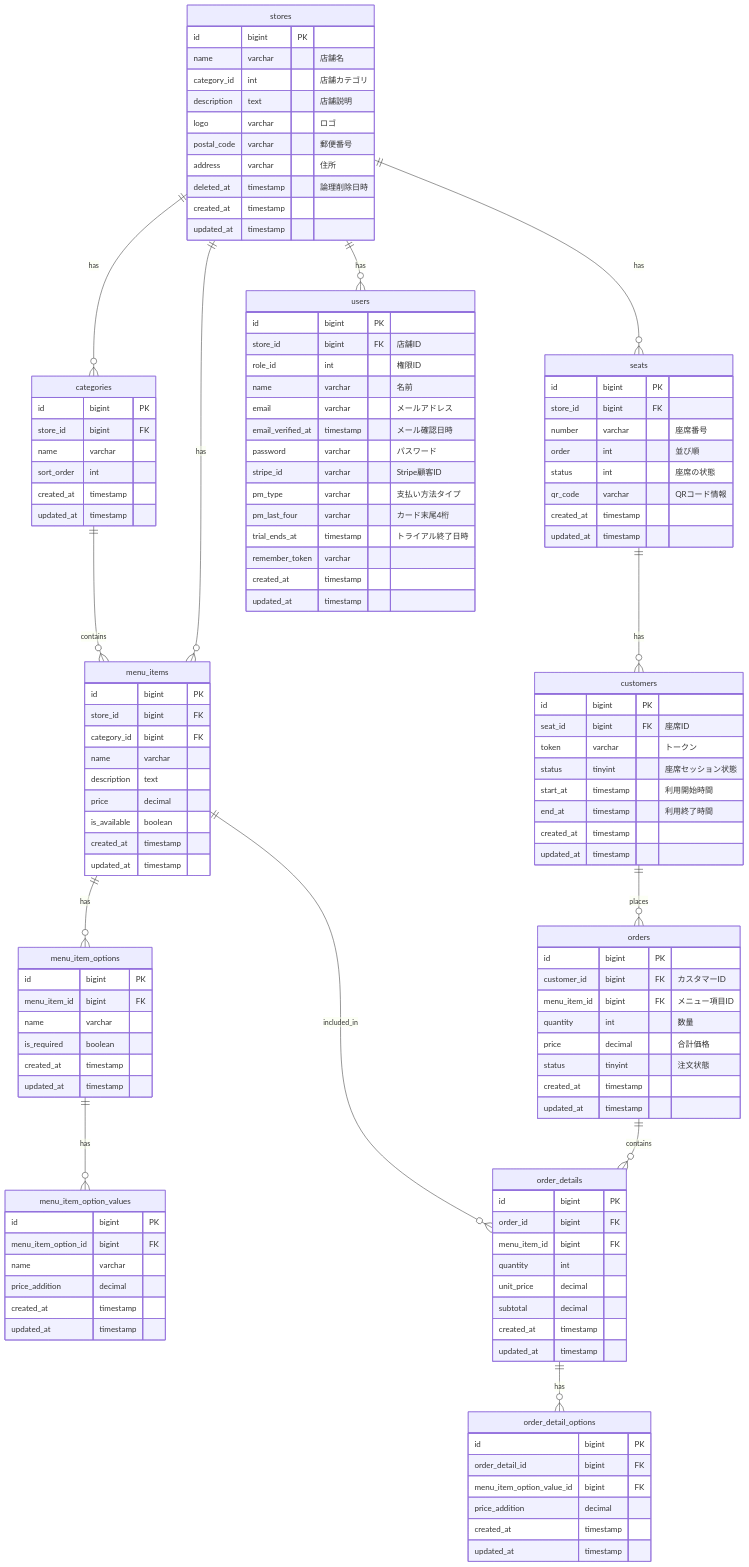
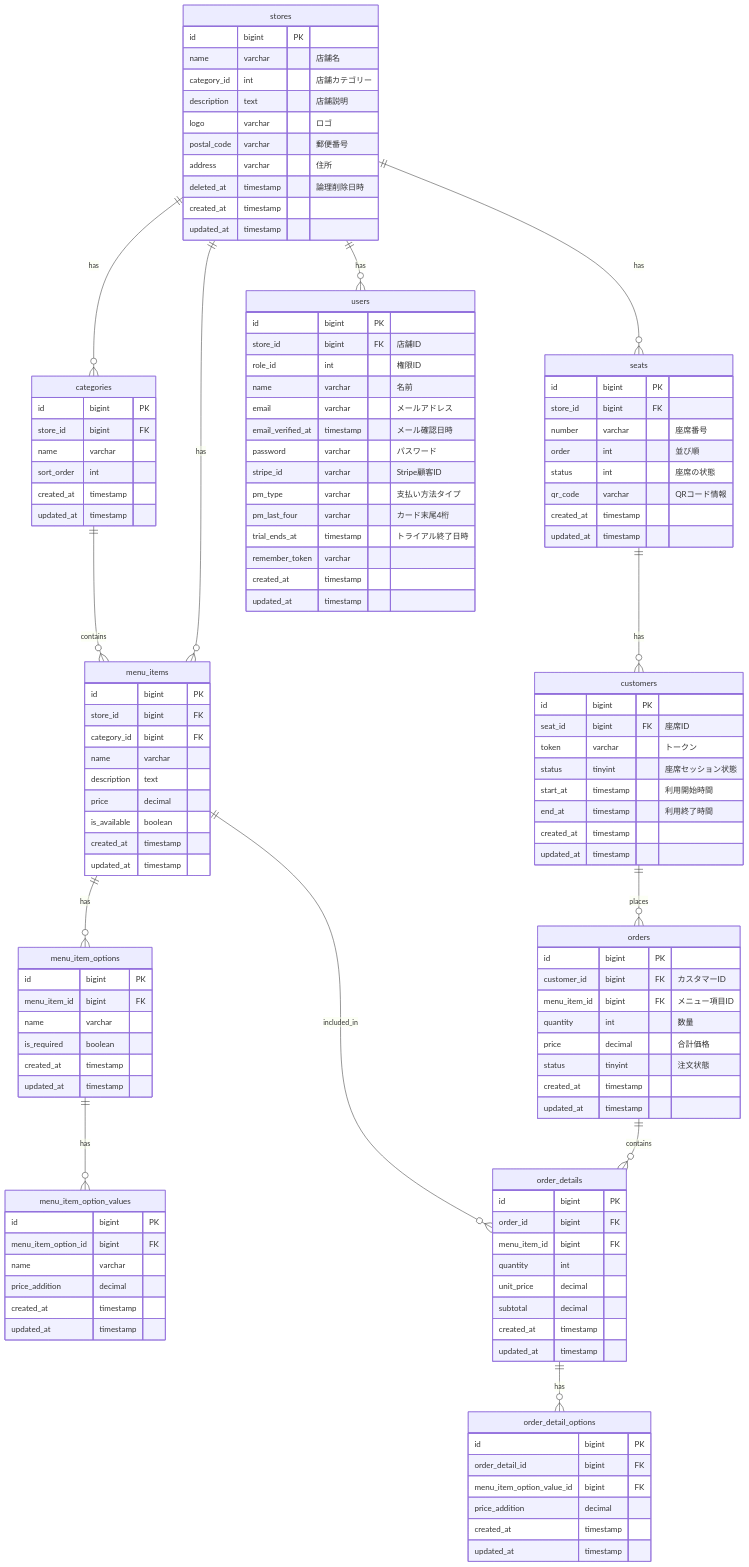
The diagram in README.md (jobpay/qr-order-api), drawn with Mermaid before and after one commit. The commit also changed other lines of this file and 10 other files, not shown here.

```diff
--- a/README.md
+++ b/README.md
@@ -86,7 +86,7 @@
     stores {
         id bigint PK
         name varchar "店舗名"
-        category_id int "店舗カテゴリ"
+        category_id int "店舗カテゴリー"
         description text "店舗説明"
         logo varchar "ロゴ"
         postal_code varchar "郵便番号"
```
